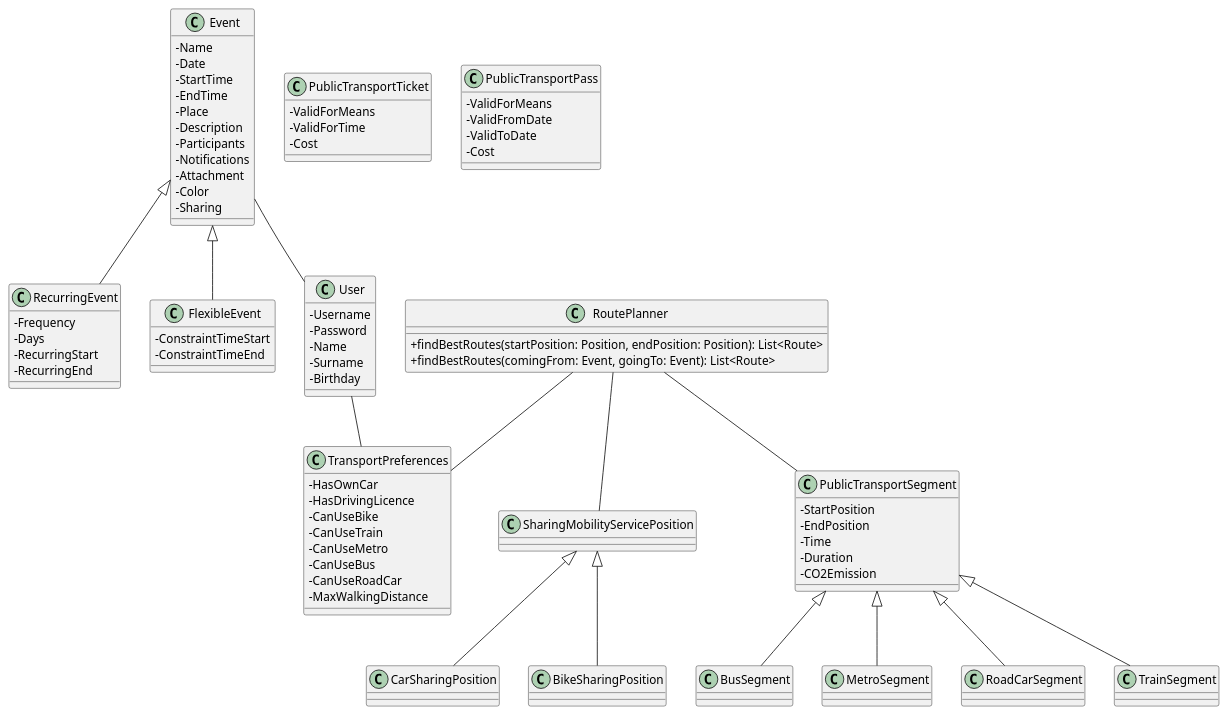
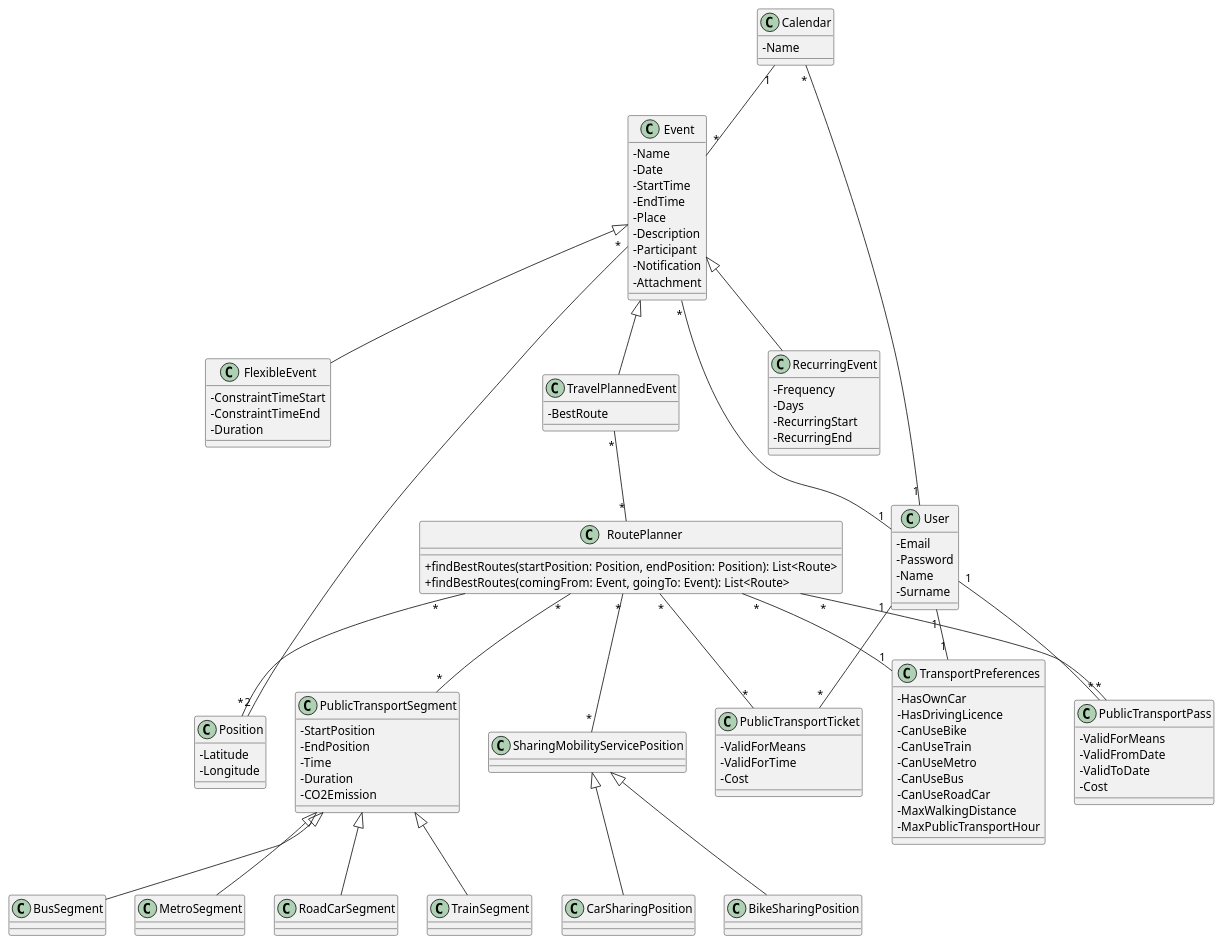
The diagram in rasd/class_diagram/class_diagram.plantuml (fcremo/AlfonsoCarsenzuolaCremonese-ingsw2), drawn with PlantUML before and after one commit.

Commit message:
update rasd

```diff
--- a/rasd/class_diagram/class_diagram.plantuml
+++ b/rasd/class_diagram/class_diagram.plantuml
@@ -1,103 +1,121 @@
 @startuml
 
 skinparam classAttributeIconSize 0
 
+Calendar "1"--"*" Event
+Calendar "*"--"1" User
+Event "*"--"1" User
+Event "*"--"2" Position
+User "1"--"1" TransportPreferences
+User "1"--"*" PublicTransportPass
+User "1"--"*" PublicTransportTicket
 Event <|-- RecurringEvent
 Event <|-- FlexibleEvent
-Event -- User
-
-User -- TransportPreferences
+Event <|-- TravelPlannedEvent
+TravelPlannedEvent "*"--"*" RoutePlanner
+RoutePlanner "*"--"*" PublicTransportPass
+RoutePlanner "*"--"*" PublicTransportTicket
+RoutePlanner "*"--"*" PublicTransportSegment
+RoutePlanner "*"--"*" SharingMobilityServicePosition
+RoutePlanner "*"--"1" TransportPreferences
+RoutePlanner "*"--"*" Position
+SharingMobilityServicePosition <|-- CarSharingPosition
+SharingMobilityServicePosition <|-- BikeSharingPosition
+PublicTransportSegment <|-- BusSegment
+PublicTransportSegment <|-- MetroSegment
+PublicTransportSegment <|-- RoadCarSegment
+PublicTransportSegment <|-- TrainSegment
 
 class User {
-    - Username
+    - Email
     - Password
     - Name
     - Surname
-    - Birthday
 }
 
 class TransportPreferences {
     - HasOwnCar
     - HasDrivingLicence
     - CanUseBike
     - CanUseTrain
     - CanUseMetro
     - CanUseBus
     - CanUseRoadCar
     - MaxWalkingDistance
+    - MaxPublicTransportHour
+}
+
+class Calendar {
+    - Name
+}
+
+class Position {
+    - Latitude
+    - Longitude
 }
 
 class Event {
     - Name
     - Date
     - StartTime
     - EndTime
     - Place
     - Description
-    - Participants
-    - Notifications
+    - Participant
+    - Notification
     - Attachment
-    - Color
-    - Sharing
 }
 
 class RecurringEvent {
     - Frequency
     - Days
     - RecurringStart
     - RecurringEnd
 }
 
 class FlexibleEvent {
     - ConstraintTimeStart
     - ConstraintTimeEnd
+    - Duration
 }
 
-SharingMobilityServicePosition <|-- CarSharingPosition
-SharingMobilityServicePosition <|-- BikeSharingPosition
+class TravelPlannedEvent {
+    - BestRoute
+}
 
 class SharingMobilityServicePosition
 class CarSharingPosition
 class BikeSharingPosition
-
-PublicTransportSegment <|-- BusSegment
-PublicTransportSegment <|-- MetroSegment
-PublicTransportSegment <|-- RoadCarSegment
-PublicTransportSegment <|-- TrainSegment
 
 class PublicTransportSegment {
     - StartPosition
     - EndPosition
     - Time
     - Duration
     - CO2Emission
 }
 
 class BusSegment
 class MetroSegment
 class RoadCarSegment
 class TrainSegment
 
 class PublicTransportTicket {
     - ValidForMeans
     - ValidForTime
     - Cost
 }
 
 class PublicTransportPass {
     - ValidForMeans
     - ValidFromDate
     - ValidToDate
     - Cost
 }
 
-RoutePlanner -- PublicTransportSegment
-RoutePlanner -- SharingMobilityServicePosition
-RoutePlanner -- TransportPreferences
 class RoutePlanner {
     + findBestRoutes(startPosition: Position, endPosition: Position): List<Route>
     + findBestRoutes(comingFrom: Event, goingTo: Event): List<Route>
 }
 
-
 @enduml
```
